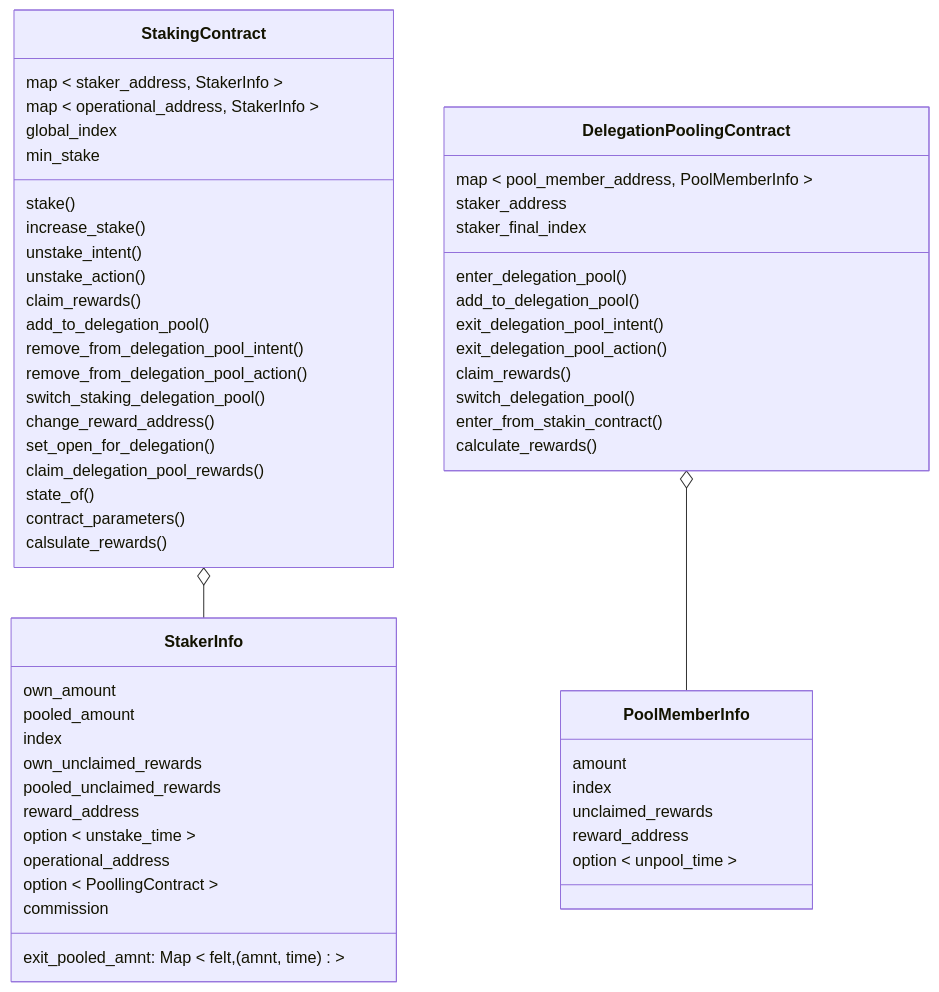
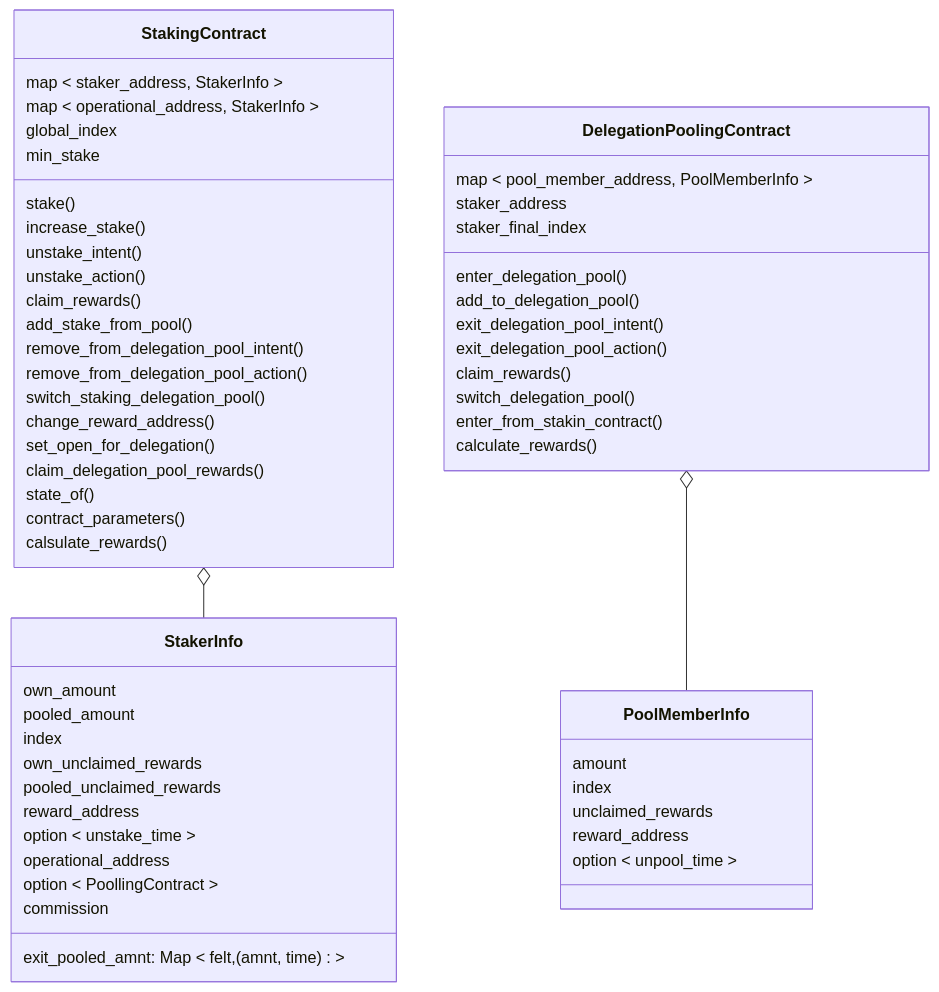
Before and after one commit to starkware-libs/starknet-staking: the first of 5 diagrams in workspace/apps/staking/docs/spec.md, drawn with Mermaid. The commit also changed other lines of this file and 4 other files, not shown here.

Commit message:
fix(staking): rename add_stake_from_pool (#1583)

````diff
--- a/workspace/apps/staking/docs/spec.md
+++ b/workspace/apps/staking/docs/spec.md
@@ -71,60 +71,60 @@
 ```mermaid
 classDiagram
   class StakingContract{
     map < staker_address, StakerInfo >
     map < operational_address, StakerInfo >
     global_index
     min_stake
     stake()
     increase_stake()
     unstake_intent()
     unstake_action()
     claim_rewards()
-    add_to_delegation_pool()
+    add_stake_from_pool()
     remove_from_delegation_pool_intent()
     remove_from_delegation_pool_action()
     switch_staking_delegation_pool()
     change_reward_address()
     set_open_for_delegation()
     claim_delegation_pool_rewards()
     state_of()
     contract_parameters()
     calsulate_rewards()
 
   }
   class DelegationPoolingContract{
     map < pool_member_address, PoolMemberInfo >
     staker_address
     staker_final_index
     enter_delegation_pool()
     add_to_delegation_pool()
     exit_delegation_pool_intent()
     exit_delegation_pool_action()
     claim_rewards()
     switch_delegation_pool()
     enter_from_stakin_contract()
     calculate_rewards()
   }
   class StakerInfo{
     own_amount
     pooled_amount
     index
     own_unclaimed_rewards
     pooled_unclaimed_rewards
     exit_pooled_amnt: Map < felt, (amnt, time) >
     reward_address
     option < unstake_time >
     operational_address
     option < PoollingContract >
     commission
   }
   class PoolMemberInfo{
     amount
     index
     unclaimed_rewards
     reward_address
     option < unpool_time >
   }
   StakingContract o-- StakerInfo
   DelegationPoolingContract o-- PoolMemberInfo
 ```
````
